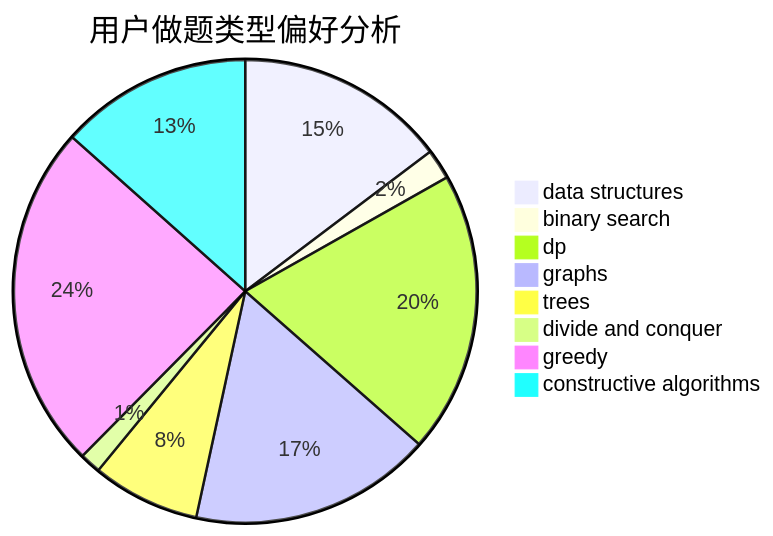
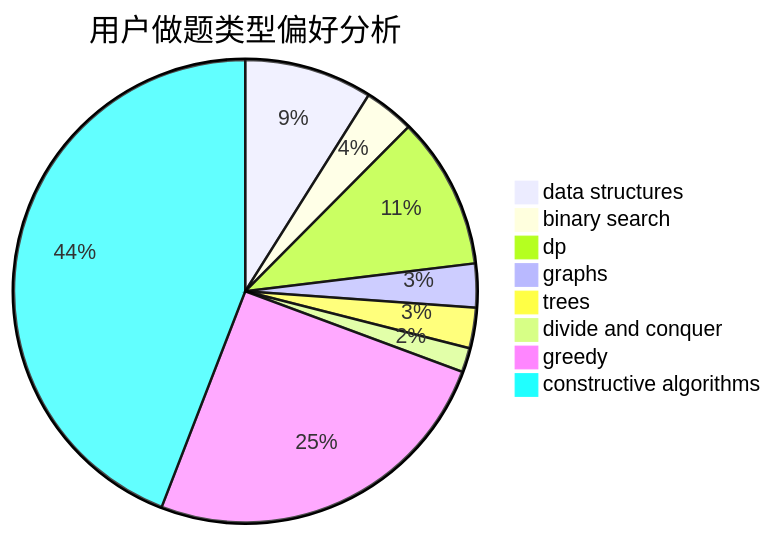
The second of 3 diagrams in docs/user/u1597.md (sherpahu/cfrs.github.io), drawn with Mermaid before and after one commit. The commit also changed other lines of this file and 2770 other files, not shown here.

````diff
--- a/docs/user/u1597.md
+++ b/docs/user/u1597.md
@@ -23,11 +23,11 @@
 ```mermaid
 pie title 用户做题类型偏好分析
-    "data structures" :  160
-    "binary search" :  23
-    "dp" :  214
-    "graphs" :  184
-    "trees" :  82
-    "divide and conquer" :  16
-    "greedy" :  263
-    "constructive algorithms" :  146
+    "data structures" :  79
+    "binary search" :  31
+    "dp" :  94
+    "graphs" :  27
+    "trees" :  25
+    "divide and conquer" :  15
+    "greedy" :  223
+    "constructive algorithms" :  390
 ```
````
